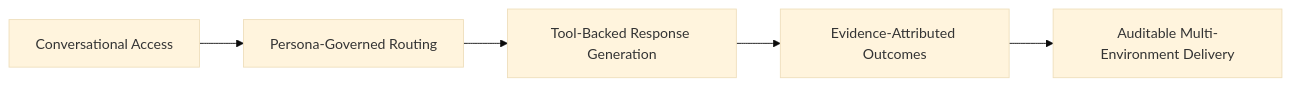
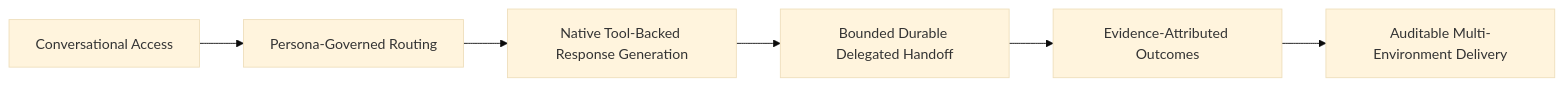
One commit to wchen-dea/Governed-Multi-Agent-Intelligence-on-Databricks changed the first of 4 diagrams in docs/architecture/design-artifacts/01-concept-high-level.md. Above: the diagram before and after it, drawn with Mermaid (base theme). The commit also changed other lines of this file and 29 other files, not shown here.

````diff
--- a/docs/architecture/design-artifacts/01-concept-high-level.md
+++ b/docs/architecture/design-artifacts/01-concept-high-level.md
@@ -7,7 +7,8 @@
 ```mermaid
 flowchart LR
     A[Conversational Access] --> B[Persona-Governed Routing]
-    B --> C[Tool-Backed Response Generation]
-    C --> D[Evidence-Attributed Outcomes]
+    B --> C[Native Tool-Backed Response Generation]
+    C --> H[Bounded Durable Delegated Handoff]
+    H --> D[Evidence-Attributed Outcomes]
     D --> E[Auditable Multi-Environment Delivery]
 ```
````
